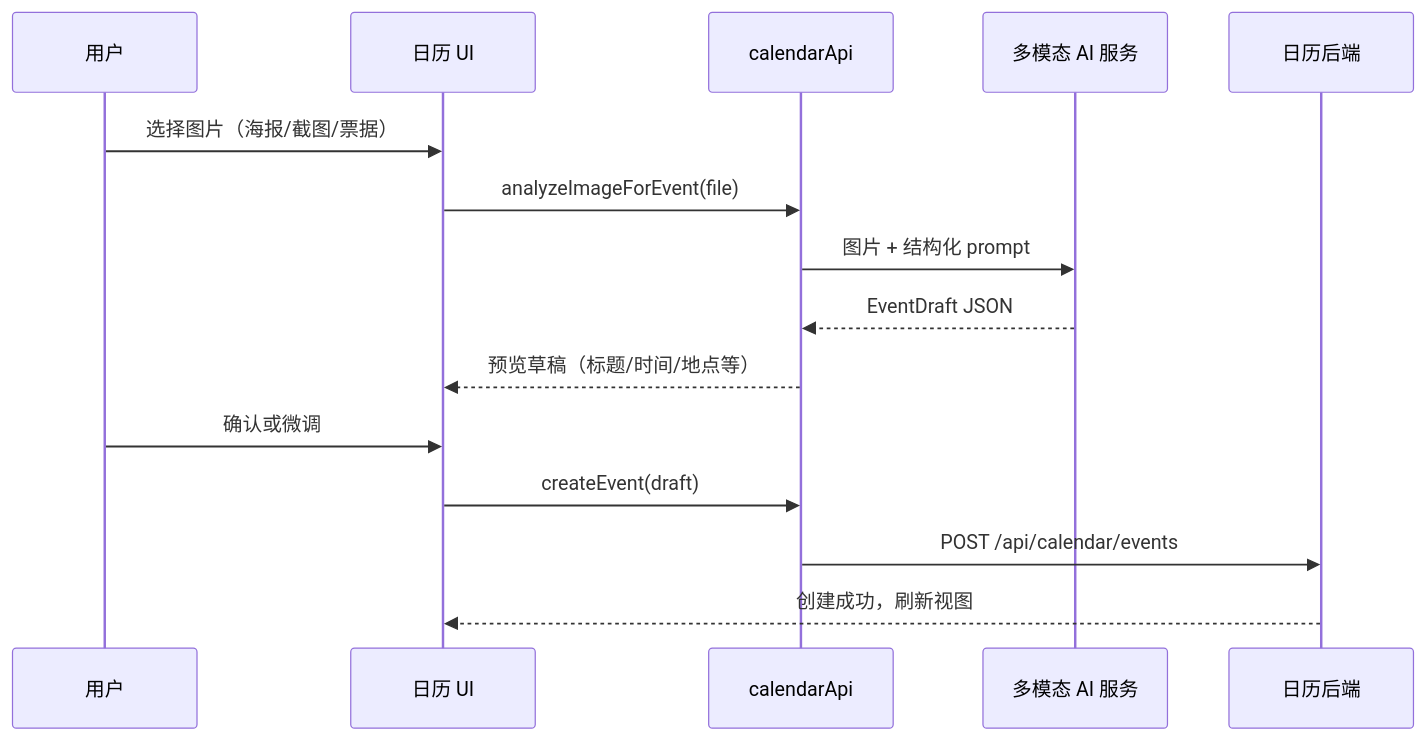
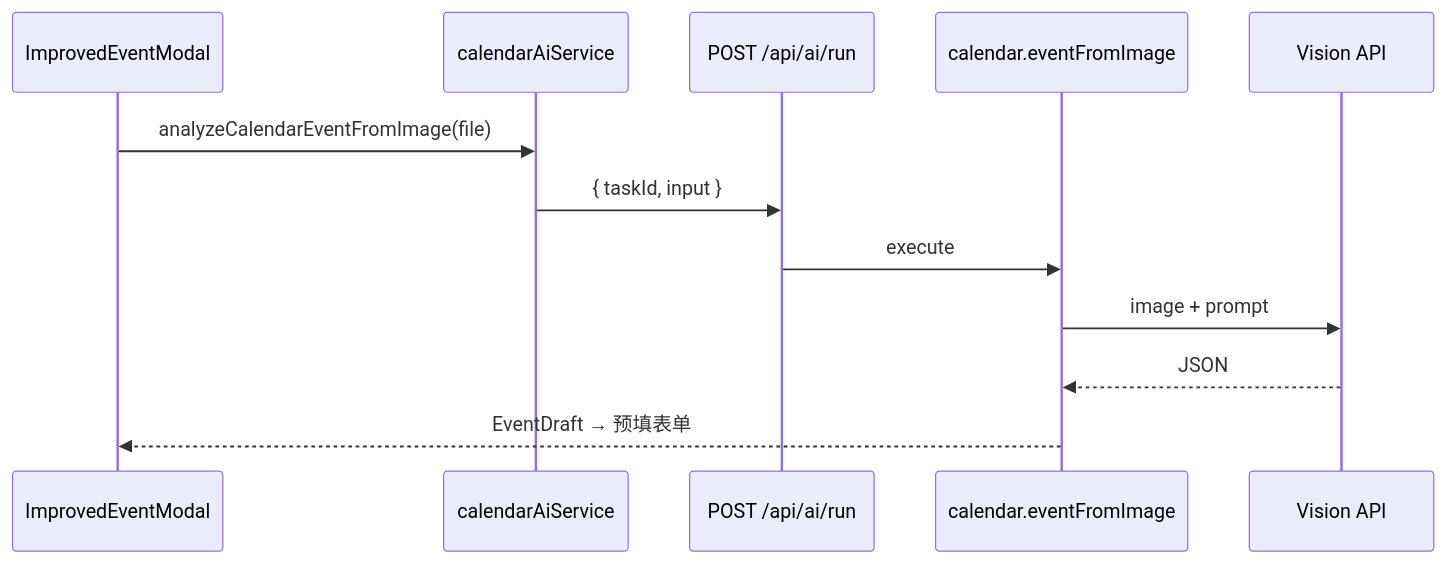
The diagram in src/modules/calendar/DEVELOPMENT-AI-IMAGE.md (qxdqhr/profile-v1), drawn with Mermaid before and after one commit. The commit also changed other lines of this file and 21 other files, not shown here.

First line of the commit message:
feat(aiApi): 新增通用 AI 任务模块并在日历接入识图创建

````diff
--- a/src/modules/calendar/DEVELOPMENT-AI-IMAGE.md
+++ b/src/modules/calendar/DEVELOPMENT-AI-IMAGE.md
@@ -15,18 +14,15 @@
 ```mermaid
 sequenceDiagram
-  participant U as 用户
-  participant UI as 日历 UI
-  participant API as calendarApi
-  participant AI as 多模态 AI 服务
-  participant DB as 日历后端
+  participant UI as ImprovedEventModal
+  participant Cal as calendarAiService
+  participant API as POST /api/ai/run
+  participant Task as calendar.eventFromImage
+  participant LLM as Vision API
 
-  U->>UI: 选择图片（海报/截图/票据）
-  UI->>API: analyzeImageForEvent(file)
-  API->>AI: 图片 + 结构化 prompt
-  AI-->>API: EventDraft JSON
-  API-->>UI: 预览草稿（标题/时间/地点等）
-  U->>UI: 确认或微调
-  UI->>API: createEvent(draft)
-  API->>DB: POST /api/calendar/events
-  DB-->>UI: 创建成功，刷新视图
+  UI->>Cal: analyzeCalendarEventFromImage(file)
+  Cal->>API: { taskId, input }
+  API->>Task: execute
+  Task->>LLM: image + prompt
+  LLM-->>Task: JSON
+  Task-->>UI: EventDraft → 预填表单
 ```
````
